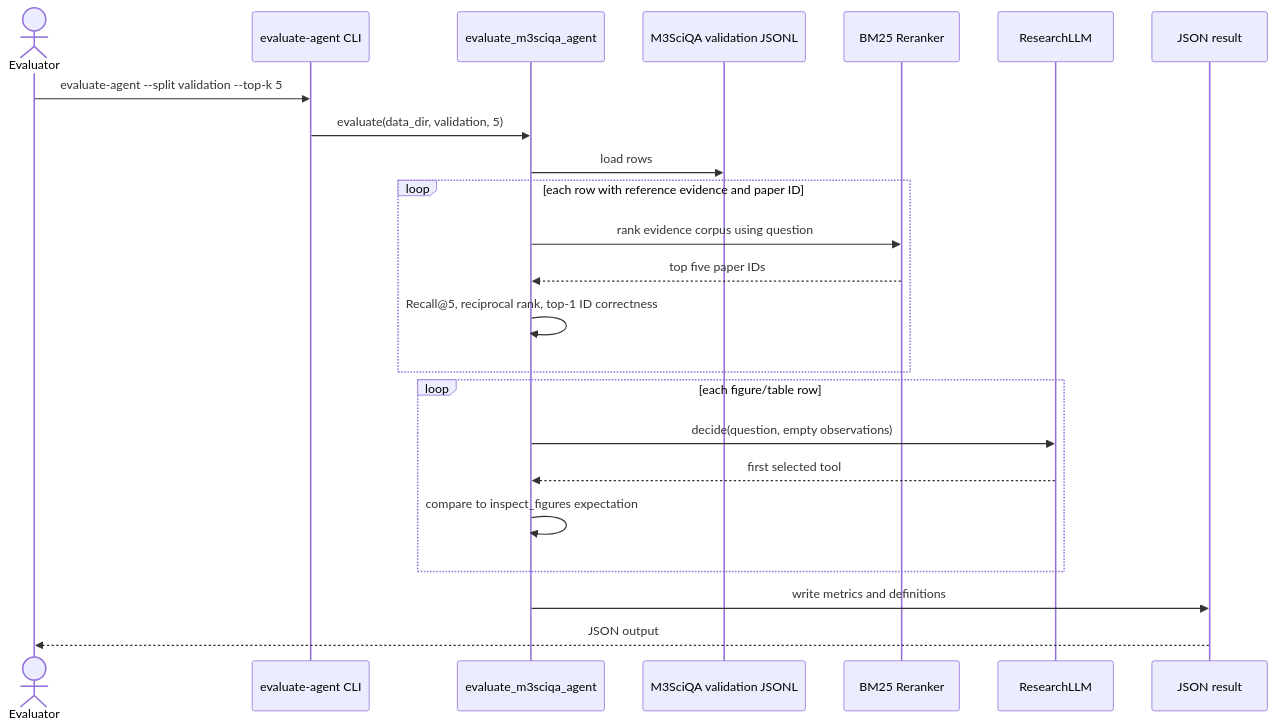
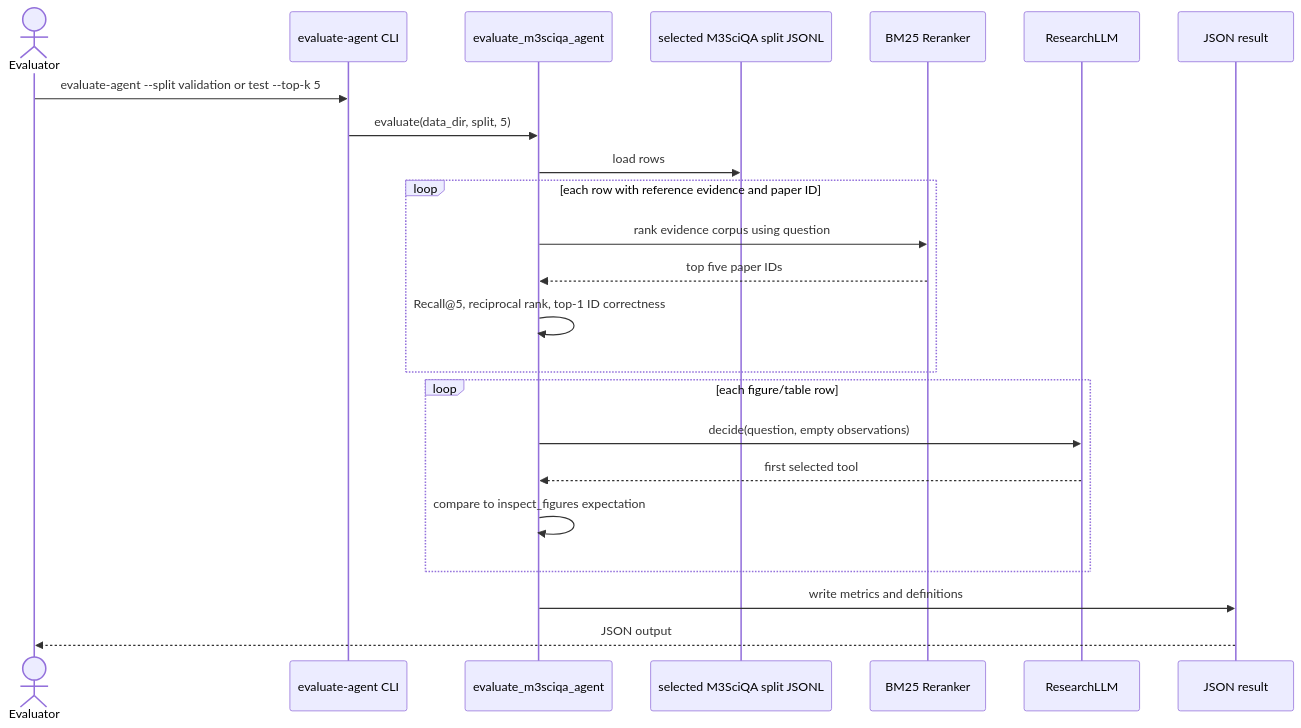
The fourth of 4 diagrams in doc/system-architecture.md (sefeoglu/llm-agents), drawn with Mermaid before and after one commit. The commit also changed other lines of this file and 19 other files, not shown here.

````diff
--- a/doc/system-architecture.md
+++ b/doc/system-architecture.md
@@ -173,26 +177,26 @@
 ```mermaid
 sequenceDiagram
     actor Evaluator
     participant CLI as evaluate-agent CLI
     participant E as evaluate_m3sciqa_agent
-    participant D as M3SciQA validation JSONL
+    participant D as selected M3SciQA split JSONL
     participant RR as BM25 Reranker
     participant R as ResearchLLM
     participant O as JSON result
 
-    Evaluator->>CLI: evaluate-agent --split validation --top-k 5
-    CLI->>E: evaluate(data_dir, validation, 5)
+    Evaluator->>CLI: evaluate-agent --split validation or test --top-k 5
+    CLI->>E: evaluate(data_dir, split, 5)
     E->>D: load rows
     loop each row with reference evidence and paper ID
         E->>RR: rank evidence corpus using question
         RR-->>E: top five paper IDs
         E->>E: Recall@5, reciprocal rank, top-1 ID correctness
     end
     loop each figure/table row
         E->>R: decide(question, empty observations)
         R-->>E: first selected tool
         E->>E: compare to inspect_figures expectation
     end
     E->>O: write metrics and definitions
     O-->>Evaluator: JSON output
 ```
````
